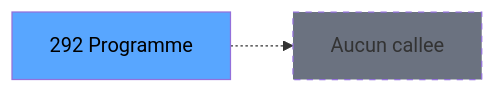
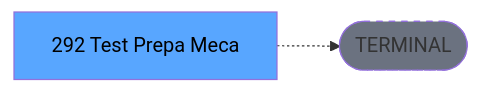
One commit to thonyAGP/lecteur-magic changed the third of 3 diagrams in .openspec/renders/ADH-IDE-292.md. Above: the diagram before and after it, drawn with Mermaid. The commit also changed other lines of this file and 701 other files, not shown here.

````diff
--- a/.openspec/renders/ADH-IDE-292.md
+++ b/.openspec/renders/ADH-IDE-292.md
@@ -124,8 +134,8 @@
 ```mermaid
 graph LR
-    T[292 Programme]
-    NONE[Aucun callee]
-    T -.-> NONE
+    T[292 Test Prepa Meca]
+    TERM([TERMINAL])
+    T -.-> TERM
+    style TERM fill:#6b7280,stroke-dasharray: 5 5
     style T fill:#58a6ff,color:#000
-    style NONE fill:#6b7280,stroke-dasharray: 5 5
 ```
````
